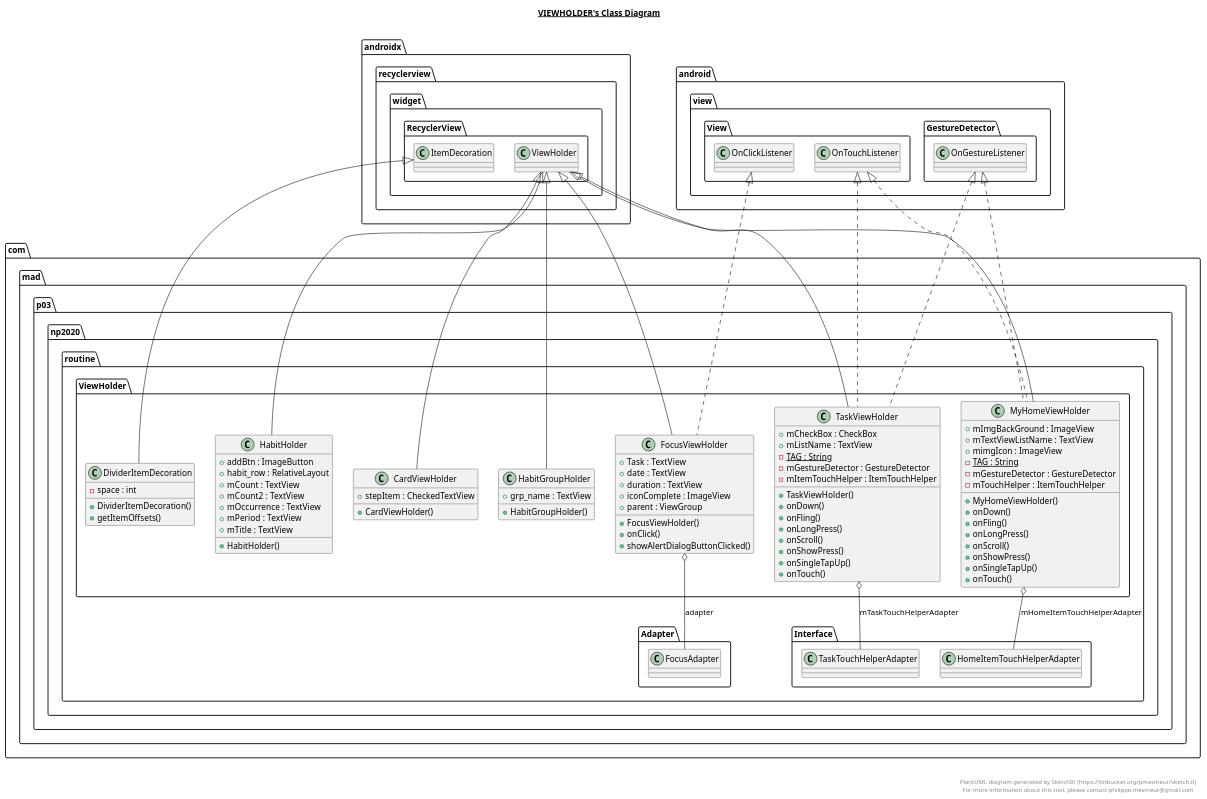
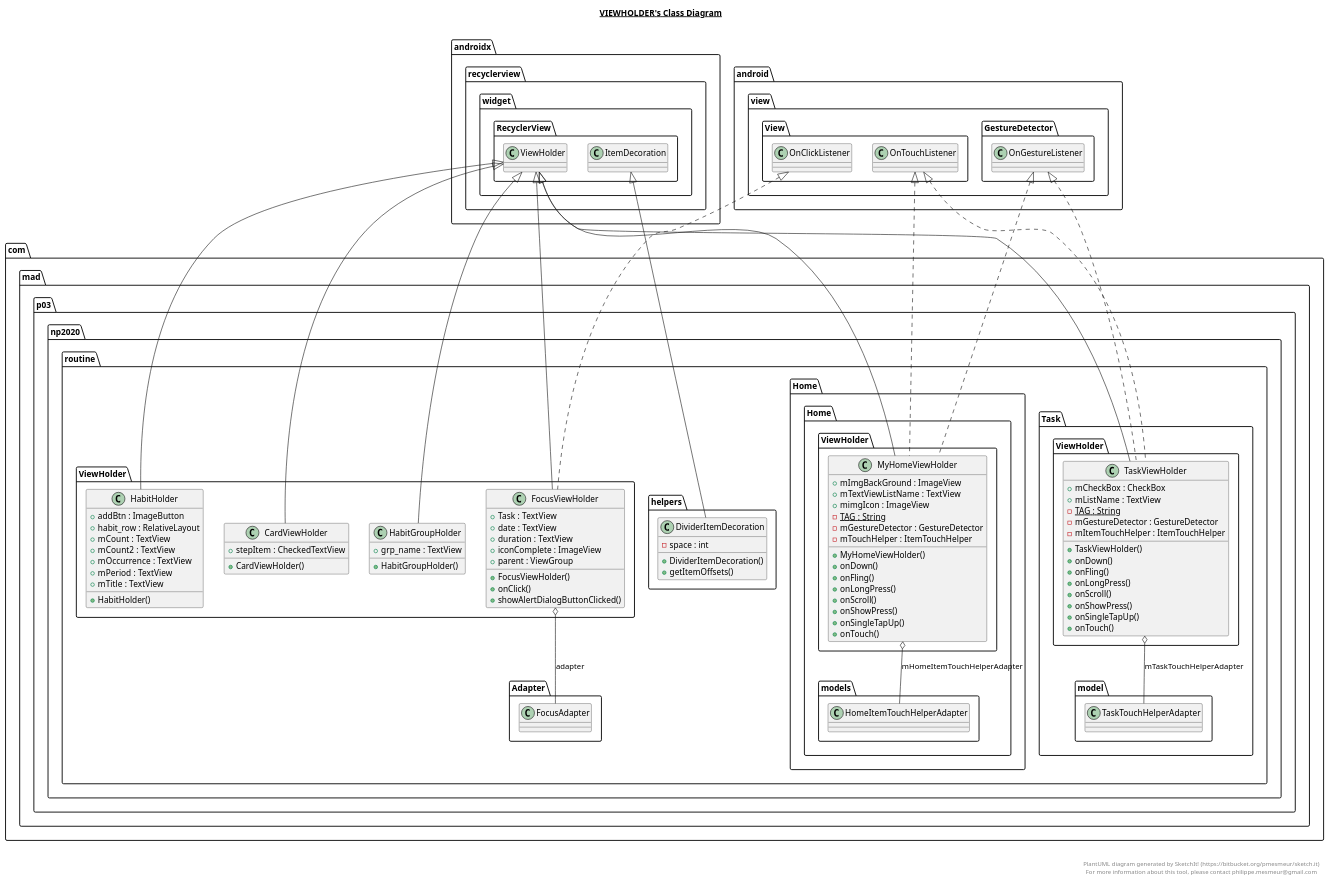
One commit to AppDevIn/Routine changed the diagram in app/src/main/java/com/mad/p03/np2020/routine/ViewHolder/ViewHolder.plantuml. Above: the diagram before and after it, drawn with PlantUML. The commit also changed 137 other files, not shown here.

```diff
--- a/app/src/main/java/com/mad/p03/np2020/routine/ViewHolder/ViewHolder.plantuml
+++ b/app/src/main/java/com/mad/p03/np2020/routine/ViewHolder/ViewHolder.plantuml
@@ -1,135 +1,135 @@
 @startuml
 
 title __VIEWHOLDER's Class Diagram__\n
 
   namespace com.mad.p03.np2020.routine {
     namespace ViewHolder {
       class com.mad.p03.np2020.routine.ViewHolder.CardViewHolder {
           + stepItem : CheckedTextView
           + CardViewHolder()
       }
     }
   }
   
 
   namespace com.mad.p03.np2020.routine {
     namespace ViewHolder {
-      class com.mad.p03.np2020.routine.ViewHolder.DividerItemDecoration {
+      class com.mad.p03.np2020.routine.helpers.DividerItemDecoration {
           - space : int
           + DividerItemDecoration()
           + getItemOffsets()
       }
     }
   }
   
 
   namespace com.mad.p03.np2020.routine {
     namespace ViewHolder {
       class com.mad.p03.np2020.routine.ViewHolder.FocusViewHolder {
           + Task : TextView
           + date : TextView
           + duration : TextView
           + iconComplete : ImageView
           + parent : ViewGroup
           + FocusViewHolder()
           + onClick()
           + showAlertDialogButtonClicked()
       }
     }
   }
   
 
   namespace com.mad.p03.np2020.routine {
     namespace ViewHolder {
       class com.mad.p03.np2020.routine.ViewHolder.HabitGroupHolder {
           + grp_name : TextView
           + HabitGroupHolder()
       }
     }
   }
   
 
   namespace com.mad.p03.np2020.routine {
     namespace ViewHolder {
       class com.mad.p03.np2020.routine.ViewHolder.HabitHolder {
           + addBtn : ImageButton
           + habit_row : RelativeLayout
           + mCount : TextView
           + mCount2 : TextView
           + mOccurrence : TextView
           + mPeriod : TextView
           + mTitle : TextView
           + HabitHolder()
       }
     }
   }
   
 
   namespace com.mad.p03.np2020.routine {
     namespace ViewHolder {
-      class com.mad.p03.np2020.routine.ViewHolder.MyHomeViewHolder {
+      class com.mad.p03.np2020.routine.Home.Home.ViewHolder.MyHomeViewHolder {
           + mImgBackGround : ImageView
           + mTextViewListName : TextView
           + mimgIcon : ImageView
           {static} - TAG : String
           - mGestureDetector : GestureDetector
           - mTouchHelper : ItemTouchHelper
           + MyHomeViewHolder()
           + onDown()
           + onFling()
           + onLongPress()
           + onScroll()
           + onShowPress()
           + onSingleTapUp()
           + onTouch()
       }
     }
   }
   
 
   namespace com.mad.p03.np2020.routine {
     namespace ViewHolder {
-      class com.mad.p03.np2020.routine.ViewHolder.TaskViewHolder {
+      class com.mad.p03.np2020.routine.Task.ViewHolder.TaskViewHolder {
           + mCheckBox : CheckBox
           + mListName : TextView
           {static} - TAG : String
           - mGestureDetector : GestureDetector
           - mItemTouchHelper : ItemTouchHelper
           + TaskViewHolder()
           + onDown()
           + onFling()
           + onLongPress()
           + onScroll()
           + onShowPress()
           + onSingleTapUp()
           + onTouch()
       }
     }
   }
   
 
   com.mad.p03.np2020.routine.ViewHolder.CardViewHolder -up-|> androidx.recyclerview.widget.RecyclerView.ViewHolder
-  com.mad.p03.np2020.routine.ViewHolder.DividerItemDecoration -up-|> androidx.recyclerview.widget.RecyclerView.ItemDecoration
+  com.mad.p03.np2020.routine.helpers.DividerItemDecoration -up-|> androidx.recyclerview.widget.RecyclerView.ItemDecoration
   com.mad.p03.np2020.routine.ViewHolder.FocusViewHolder .up.|> android.view.View.OnClickListener
   com.mad.p03.np2020.routine.ViewHolder.FocusViewHolder -up-|> androidx.recyclerview.widget.RecyclerView.ViewHolder
   com.mad.p03.np2020.routine.ViewHolder.FocusViewHolder o-- com.mad.p03.np2020.routine.Adapter.FocusAdapter : adapter
   com.mad.p03.np2020.routine.ViewHolder.HabitGroupHolder -up-|> androidx.recyclerview.widget.RecyclerView.ViewHolder
   com.mad.p03.np2020.routine.ViewHolder.HabitHolder -up-|> androidx.recyclerview.widget.RecyclerView.ViewHolder
-  com.mad.p03.np2020.routine.ViewHolder.MyHomeViewHolder .up.|> android.view.GestureDetector.OnGestureListener
-  com.mad.p03.np2020.routine.ViewHolder.MyHomeViewHolder .up.|> android.view.View.OnTouchListener
-  com.mad.p03.np2020.routine.ViewHolder.MyHomeViewHolder -up-|> androidx.recyclerview.widget.RecyclerView.ViewHolder
-  com.mad.p03.np2020.routine.ViewHolder.MyHomeViewHolder o-- com.mad.p03.np2020.routine.Interface.HomeItemTouchHelperAdapter : mHomeItemTouchHelperAdapter
-  com.mad.p03.np2020.routine.ViewHolder.TaskViewHolder .up.|> android.view.GestureDetector.OnGestureListener
-  com.mad.p03.np2020.routine.ViewHolder.TaskViewHolder .up.|> android.view.View.OnTouchListener
-  com.mad.p03.np2020.routine.ViewHolder.TaskViewHolder -up-|> androidx.recyclerview.widget.RecyclerView.ViewHolder
-  com.mad.p03.np2020.routine.ViewHolder.TaskViewHolder o-- com.mad.p03.np2020.routine.Interface.TaskTouchHelperAdapter : mTaskTouchHelperAdapter
+  com.mad.p03.np2020.routine.Home.Home.ViewHolder.MyHomeViewHolder .up.|> android.view.GestureDetector.OnGestureListener
+  com.mad.p03.np2020.routine.Home.Home.ViewHolder.MyHomeViewHolder .up.|> android.view.View.OnTouchListener
+  com.mad.p03.np2020.routine.Home.Home.ViewHolder.MyHomeViewHolder -up-|> androidx.recyclerview.widget.RecyclerView.ViewHolder
+  com.mad.p03.np2020.routine.Home.Home.ViewHolder.MyHomeViewHolder o-- com.mad.p03.np2020.routine.Home.Home.models.HomeItemTouchHelperAdapter : mHomeItemTouchHelperAdapter
+  com.mad.p03.np2020.routine.Task.ViewHolder.TaskViewHolder .up.|> android.view.GestureDetector.OnGestureListener
+  com.mad.p03.np2020.routine.Task.ViewHolder.TaskViewHolder .up.|> android.view.View.OnTouchListener
+  com.mad.p03.np2020.routine.Task.ViewHolder.TaskViewHolder -up-|> androidx.recyclerview.widget.RecyclerView.ViewHolder
+  com.mad.p03.np2020.routine.Task.ViewHolder.TaskViewHolder o-- com.mad.p03.np2020.routine.Task.model.TaskTouchHelperAdapter : mTaskTouchHelperAdapter
 
 
 right footer
 
 
 PlantUML diagram generated by SketchIt! (https://bitbucket.org/pmesmeur/sketch.it)
 For more information about this tool, please contact philippe.mesmeur@gmail.com
 endfooter
 
 @enduml
```
